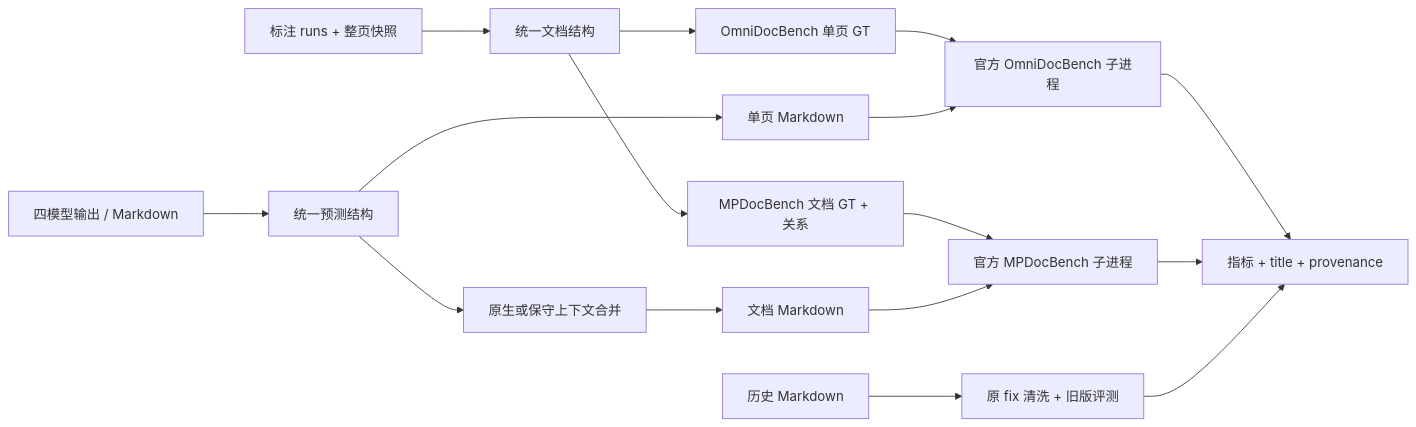
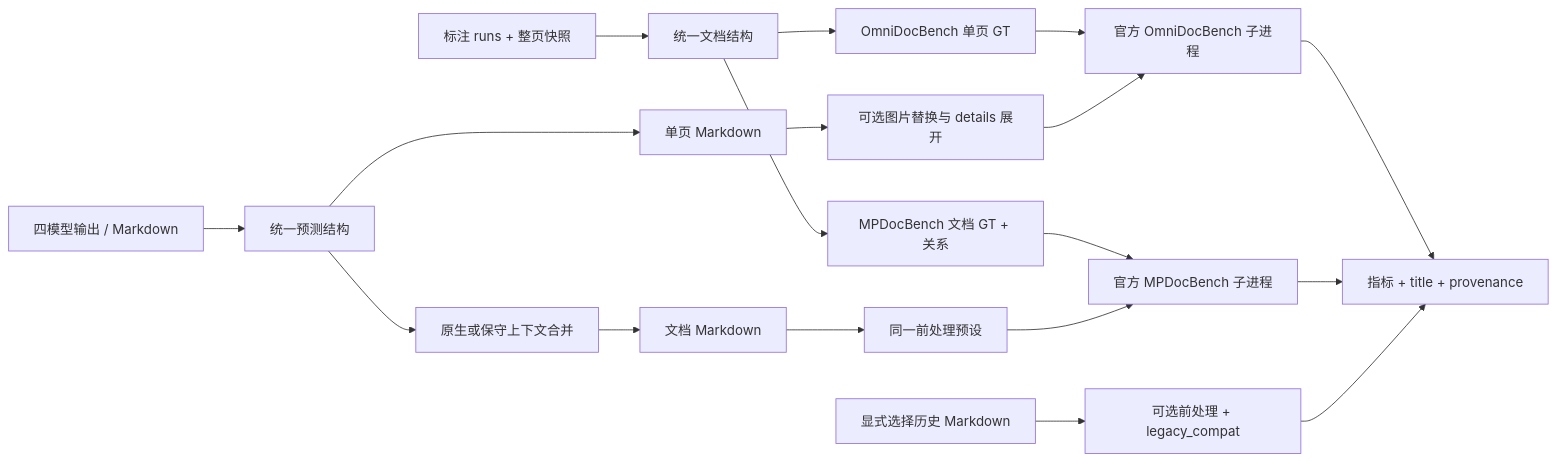
One commit to ohowandanliao/doc-parse-bench changed the diagram in docs/architecture.md. Above: the diagram before and after it, drawn with Mermaid. The commit also changed other lines of this file and 20 other files, not shown here.

Commit message:
Decouple legacy preprocessing from evaluation backends and expose AgentBuilder details

````diff
--- a/docs/architecture.md
+++ b/docs/architecture.md
@@ -3,18 +8,20 @@
 ```mermaid
 flowchart LR
     A[标注 runs + 整页快照] --> B[统一文档结构]
     C[四模型输出 / Markdown] --> D[统一预测结构]
     B --> E[OmniDocBench 单页 GT]
     B --> F[MPDocBench 文档 GT + 关系]
     D --> G[单页 Markdown]
     D --> H[原生或保守上下文合并]
     H --> I[文档 Markdown]
     E --> J[官方 OmniDocBench 子进程]
-    G --> J
+    G --> P[可选图片替换与 details 展开]
+    P --> J
     F --> K[官方 MPDocBench 子进程]
-    I --> K
+    I --> Q[同一前处理预设]
+    Q --> K
     J --> L[指标 + title + provenance]
     K --> L
-    M[历史 Markdown] --> N[原 fix 清洗 + 旧版评测]
+    M[显式选择历史 Markdown] --> N[可选前处理 + legacy_compat]
     N --> L
 ```
````
